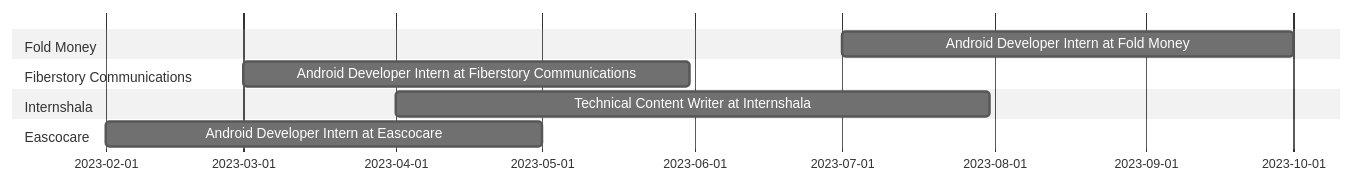
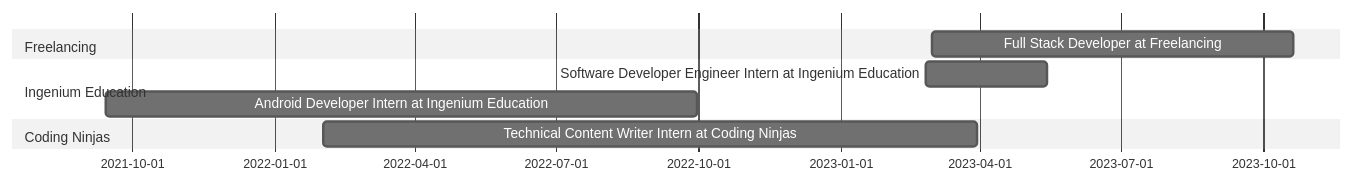
The first of 3 diagrams in README.md (rahulsain/rahulsain), drawn with Mermaid (neutral theme) before and after one commit. The commit also changed other lines of this file, not shown here.

````diff
--- a/README.md
+++ b/README.md
@@ -26,14 +26,13 @@
 ```mermaid
   gantt
     dateFormat  YYYY-MM-DD
-    section Fold Money
-    Android Developer Intern at Fold Money :a1, 2023-07-01, 2023-10-01
-    section Fiberstory Communications
-    Android Developer Intern at Fiberstory Communications :a2, 2023-03-01, 2023-05-31
-    section Internshala
-    Technical Content Writer at Internshala :a3, 2023-04-01, 2023-07-31
-    section Eascocare
-    Android Developer Intern at Eascocare :a4, 2023-02-01, 2023-05-01
-
+    section Freelancing
+    Full Stack Developer at Freelancing :a1, 2023-03-01, 2023-10-20
+    section Ingenium Education
+    Software Developer Engineer Intern at Ingenium Education :a2, 2023-02-25, 2023-05-14
+    section Ingenium Education
+    Android Developer Intern at Ingenium Education :a3, 2021-09-14, 2022-09-30
+    section Coding Ninjas
+    Technical Content Writer Intern at Coding Ninjas :a4, 2022-02-01, 2023-03-30
 
 ```
````
